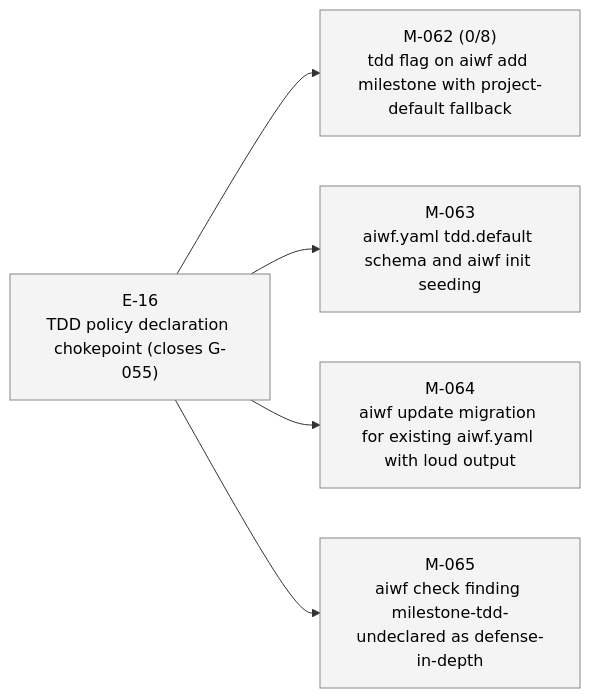
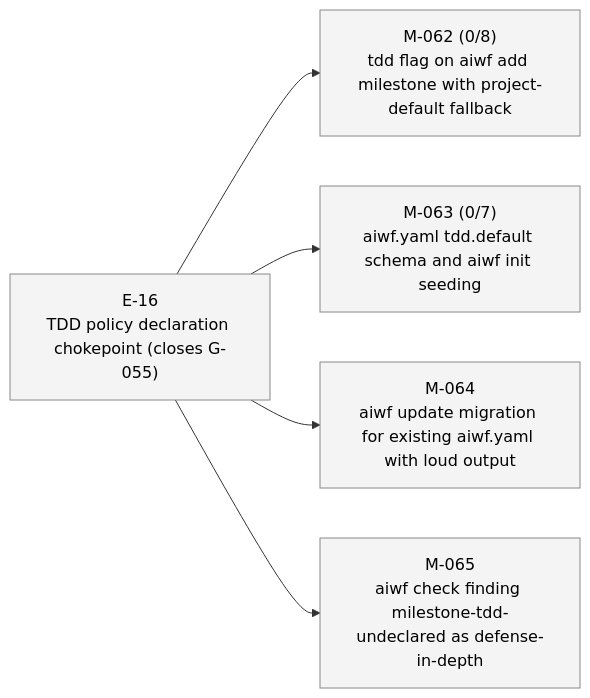
One commit to 23min/aiwf changed the second of 2 diagrams in STATUS.md. Above: the diagram before and after it, drawn with Mermaid. The commit also changed other lines of this file and 1 other file, not shown here.

Commit message:
aiwf add ac M-063 AC-1..AC-7 (7 criteria)
aiwf-verb: add
aiwf-entity: M-063/AC-1
aiwf-entity: M-063/AC-2
aiwf-entity: M-063/AC-3
aiwf-entity: M-063/AC-4
aiwf-entity: M-063/AC-5
aiwf-entity: M-063/AC-6
aiwf-entity: M-063/AC-7
aiwf-actor: human/peter

````diff
--- a/STATUS.md
+++ b/STATUS.md
@@ -35,18 +35,18 @@
 ```mermaid
 flowchart LR
   E_16["E-16<br/>TDD policy declaration chokepoint (closes G-055)"]:::epic_proposed
   M_062["M-062 (0/8)<br/>tdd flag on aiwf add milestone with project-default fallback"]:::ms_draft
   E_16 --> M_062
-  M_063["M-063<br/>aiwf.yaml tdd.default schema and aiwf init seeding"]:::ms_draft
+  M_063["M-063 (0/7)<br/>aiwf.yaml tdd.default schema and aiwf init seeding"]:::ms_draft
   E_16 --> M_063
   M_064["M-064<br/>aiwf update migration for existing aiwf.yaml with loud output"]:::ms_draft
   E_16 --> M_064
   M_065["M-065<br/>aiwf check finding milestone-tdd-undeclared as defense-in-depth"]:::ms_draft
   E_16 --> M_065
   classDef epic_active fill:#d6eaff,stroke:#1a73e8,color:#000
   classDef epic_proposed fill:#f4f4f4,stroke:#888,color:#000
   classDef ms_done fill:#d8f5d8,stroke:#2a8a2a,color:#000
   classDef ms_in_progress fill:#fff3c4,stroke:#caa400,color:#000
   classDef ms_draft fill:#f4f4f4,stroke:#888,color:#000
   classDef ms_cancelled fill:#fbeaea,stroke:#c33,color:#000
 ```
````
